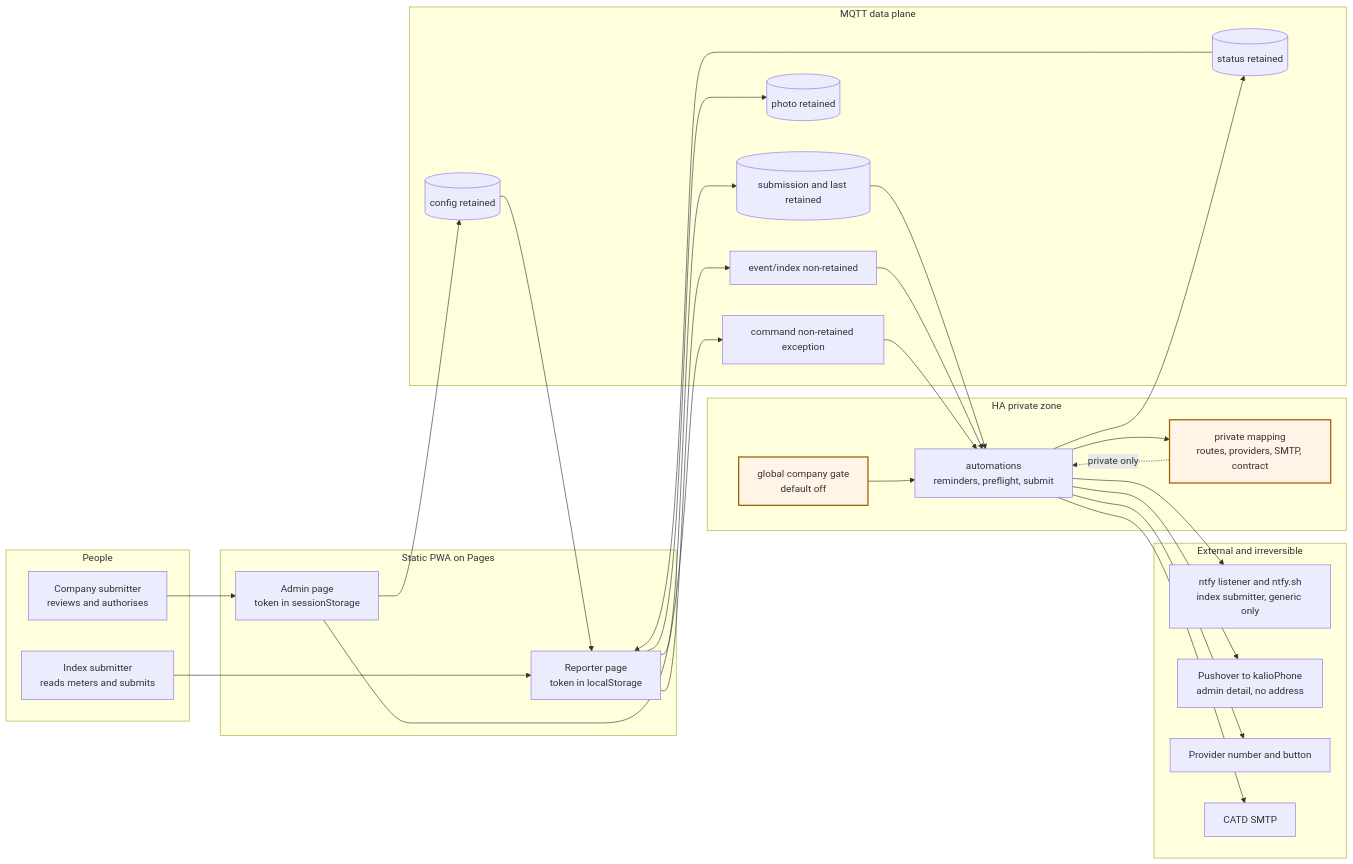
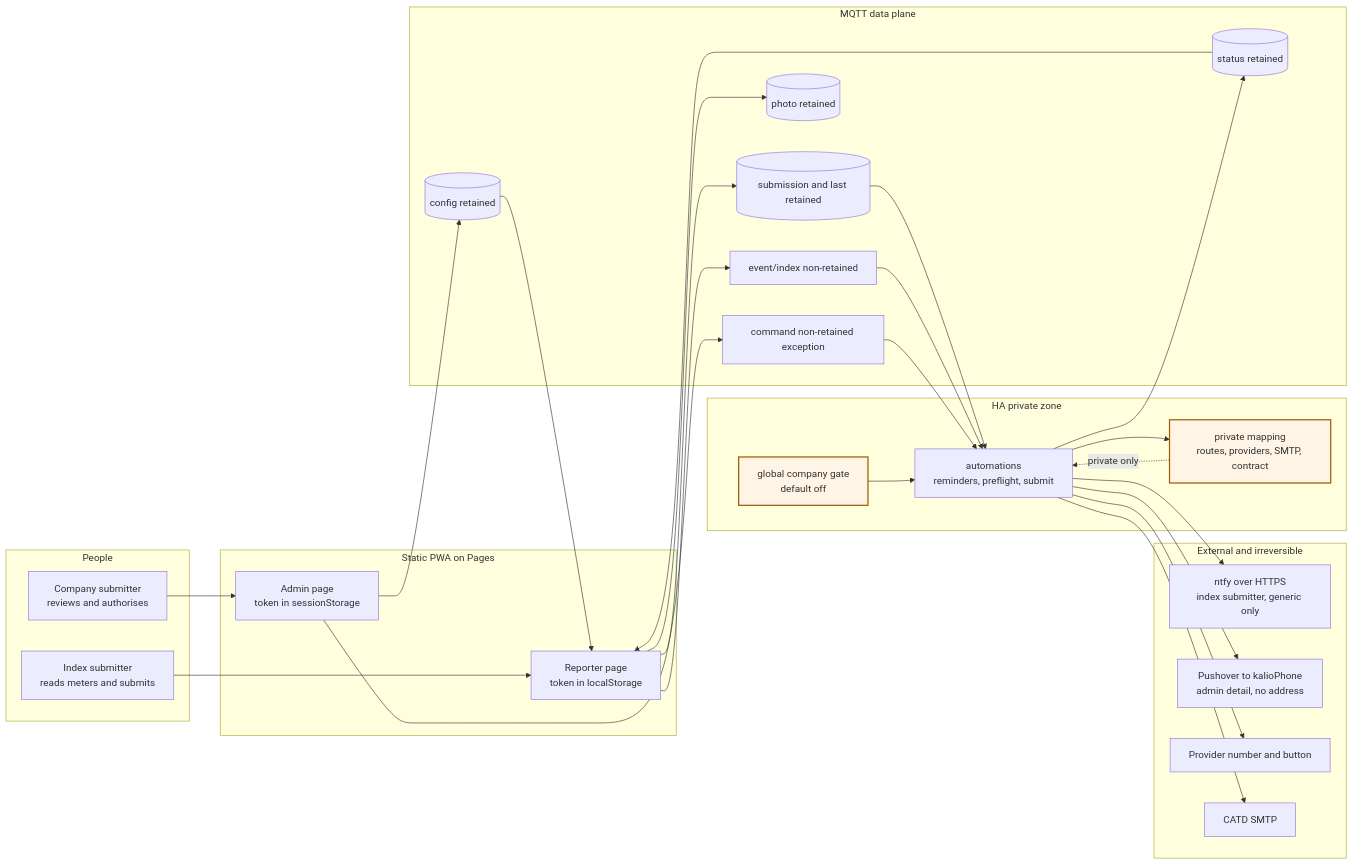
The first of 13 diagrams in docs/user-flows.md (CatalinGB/report-consumption), drawn with Mermaid before and after one commit. The commit also changed other lines of this file and 32 other files, not shown here.

````diff
--- a/docs/user-flows.md
+++ b/docs/user-flows.md
@@ -141,58 +141,58 @@
 ```mermaid
 flowchart LR
   subgraph People["People"]
     IS["Index submitter<br/>reads meters and submits"]
     CS["Company submitter<br/>reviews and authorises"]
   end
 
   subgraph UI["Static PWA on Pages"]
     RP["Reporter page<br/>token in localStorage"]
     AP["Admin page<br/>token in sessionStorage"]
   end
 
   subgraph MQTT["MQTT data plane"]
     CFG[("config retained")]
     SUB[("submission and last retained")]
     PH[("photo retained")]
     EV["event/index non-retained"]
     ST[("status retained")]
     CM["command non-retained exception"]
   end
 
   subgraph HA["HA private zone"]
     MAP["private mapping<br/>routes, providers, SMTP, contract"]
     AUTO["automations<br/>reminders, preflight, submit"]
     GATE["global company gate<br/>default off"]
   end
 
   subgraph EXT["External and irreversible"]
-    NTFY["ntfy listener and ntfy.sh<br/>index submitter, generic only"]
+    NTFY["ntfy over HTTPS<br/>index submitter, generic only"]
     PUSH["Pushover to kalioPhone<br/>admin detail, no address"]
     PROV["Provider number and button"]
     MAIL["CATD SMTP"]
   end
 
   IS --> RP
   CS --> AP
   RP --> SUB
   RP --> PH
   RP --> EV
   CFG --> RP
   ST --> RP
   AP --> CFG
   AP --> CM
   SUB --> AUTO
   EV --> AUTO
   CM --> AUTO
   AUTO --> ST
   AUTO --> MAP
   GATE --> AUTO
   AUTO --> NTFY
   AUTO --> PUSH
   AUTO --> PROV
   AUTO --> MAIL
   MAP -.->|"private only"| AUTO
 
   classDef privzone fill:#fff4e5,stroke:#a15c00,stroke-width:2px
   class MAP,GATE privzone
 ```
````
